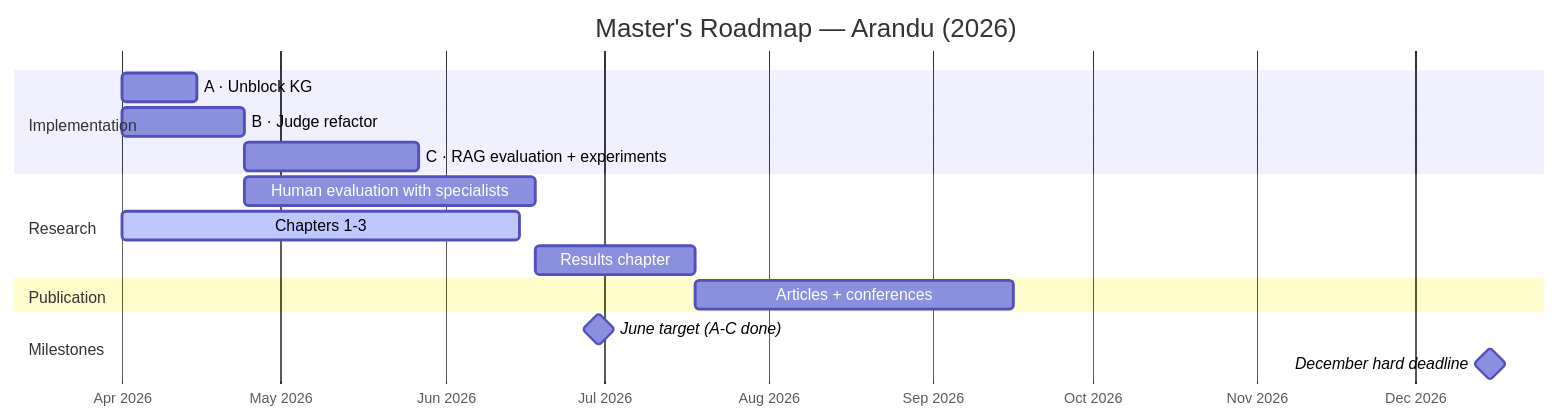
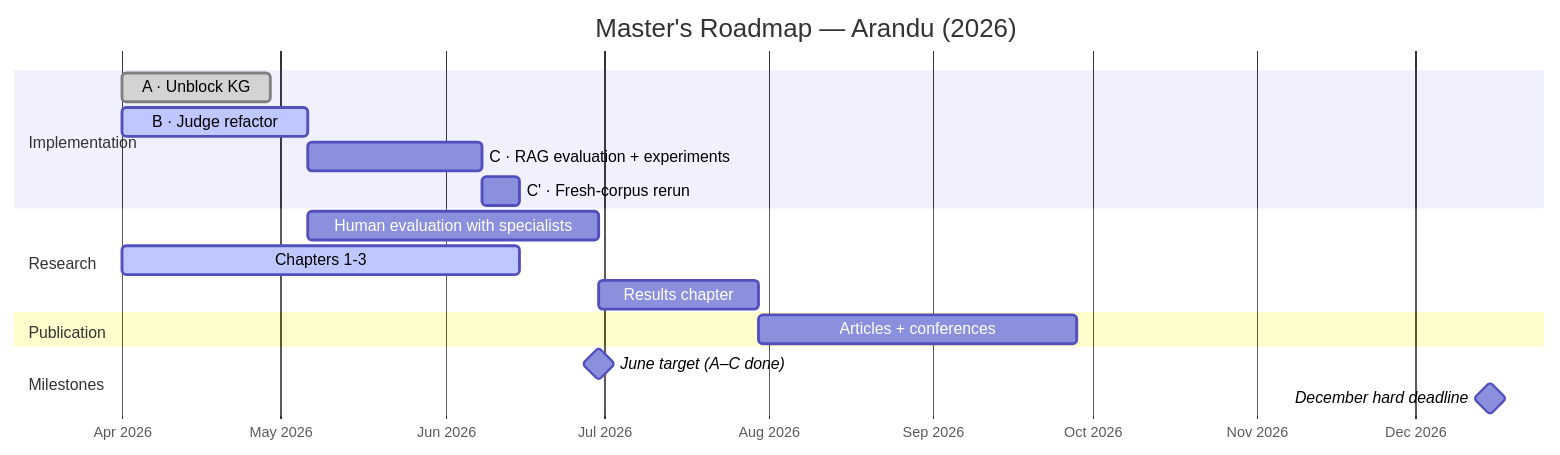
The first of 2 diagrams in docs/planning/ROADMAP.md (FredDsR/arandu), drawn with Mermaid before and after one commit. The commit also changed other lines of this file and 4 other files, not shown here.

````diff
--- a/docs/planning/ROADMAP.md
+++ b/docs/planning/ROADMAP.md
@@ -21,23 +33,24 @@
 ```mermaid
 gantt
     title Master's Roadmap — Arandu (2026)
     dateFormat YYYY-MM-DD
     axisFormat %b %Y
 
     section Implementation
-    A · Unblock KG                        :task_a, 2026-04-01, 14d
-    B · Judge refactor                    :task_b, 2026-04-01, 23d
-    C · RAG evaluation + experiments      :task_c, after task_a task_b, 33d
+    A · Unblock KG                        :done, task_a, 2026-04-01, 28d
+    B · Judge refactor                    :active, task_b, 2026-04-01, 35d
+    C · RAG evaluation + experiments      :task_c, after task_b, 33d
+    C' · Fresh-corpus rerun               :task_cr, after task_c, 7d
 
     section Research
     Human evaluation with specialists     :task_h, after task_b, 55d
     Chapters 1-3                          :active, task_w, 2026-04-01, 75d
-    Results chapter                       :task_r, after task_c task_h, 30d
+    Results chapter                       :task_r, after task_cr task_h, 30d
 
     section Publication
     Articles + conferences                :task_p, after task_r, 60d
 
     section Milestones
-    June target (A-C done)                :milestone, 2026-06-30, 0d
+    June target (A–C done)                :milestone, 2026-06-30, 0d
     December hard deadline                :milestone, 2026-12-15, 0d
 ```
````
